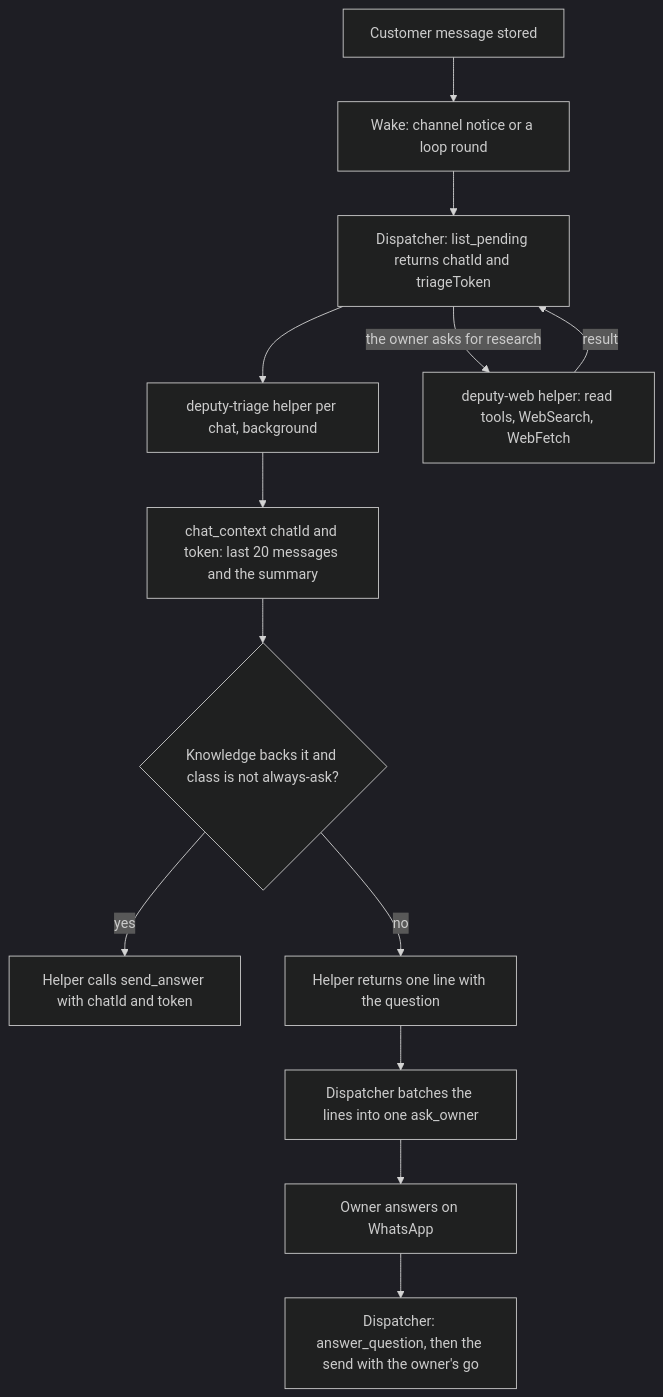
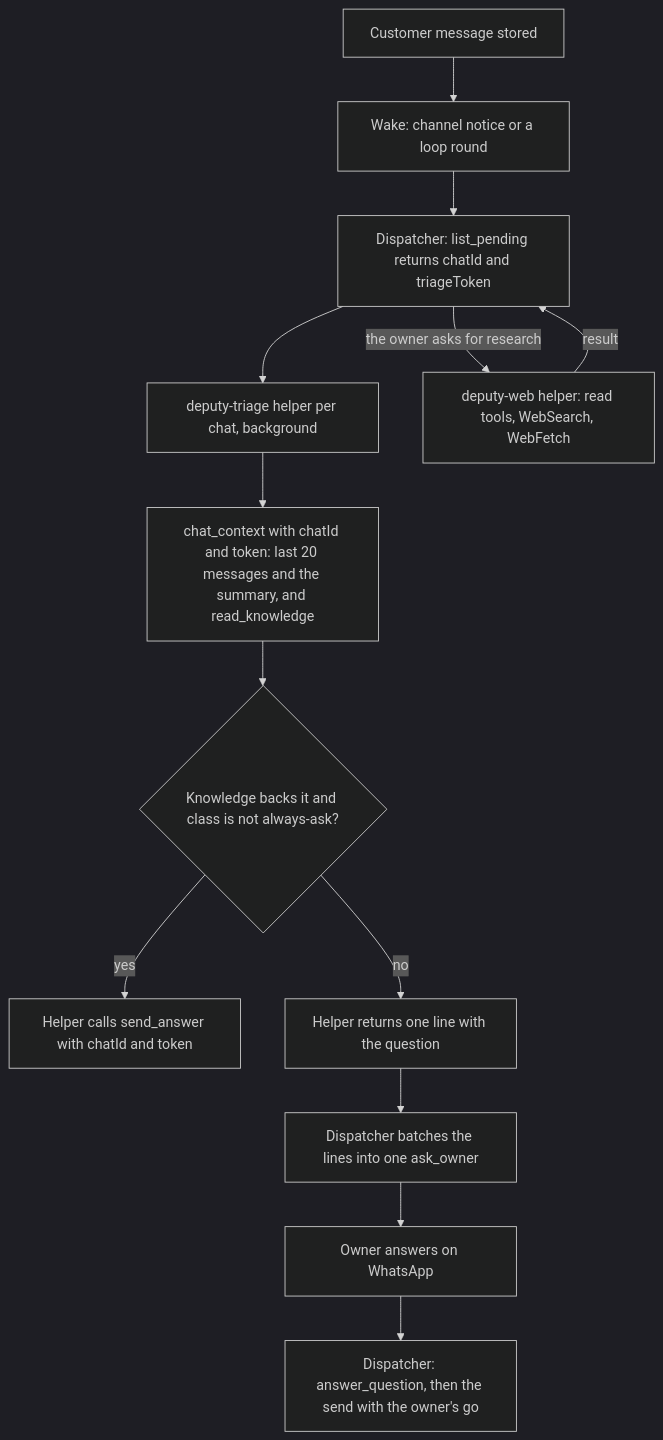
Before and after one commit to antonygiomarxdev/deputy: the diagram in docs/adr/ADR-019-dispatcher-session-and-background-helpers.md, drawn with Mermaid (dark theme). The commit also changed other lines of this file, not shown here.

Commit message:
docs: ADR-019 gives the triage helper read_knowledge and the dispatcher send_owner_go

````diff
--- a/docs/adr/ADR-019-dispatcher-session-and-background-helpers.md
+++ b/docs/adr/ADR-019-dispatcher-session-and-background-helpers.md
@@ -20,15 +20,15 @@
 ```mermaid
 flowchart TD
   Msg["Customer message stored"] --> Wake["Wake: channel notice or a loop round"]
   Wake --> Main["Dispatcher: list_pending returns chatId and triageToken"]
   Main --> Triage["deputy-triage helper per chat, background"]
-  Triage --> Ctx["chat_context chatId and token: last 20 messages and the summary"]
+  Triage --> Ctx["chat_context with chatId and token: last 20 messages and the summary, and read_knowledge"]
   Ctx --> Q{"Knowledge backs it and class is not always-ask?"}
   Q -- yes --> Send["Helper calls send_answer with chatId and token"]
   Q -- no --> Line["Helper returns one line with the question"]
   Line --> Batch["Dispatcher batches the lines into one ask_owner"]
   Batch --> Own["Owner answers on WhatsApp"]
   Own --> Go["Dispatcher: answer_question, then the send with the owner's go"]
   Main -->|"the owner asks for research"| Web["deputy-web helper: read tools, WebSearch, WebFetch"]
   Web -->|"result"| Main
 ```
````
